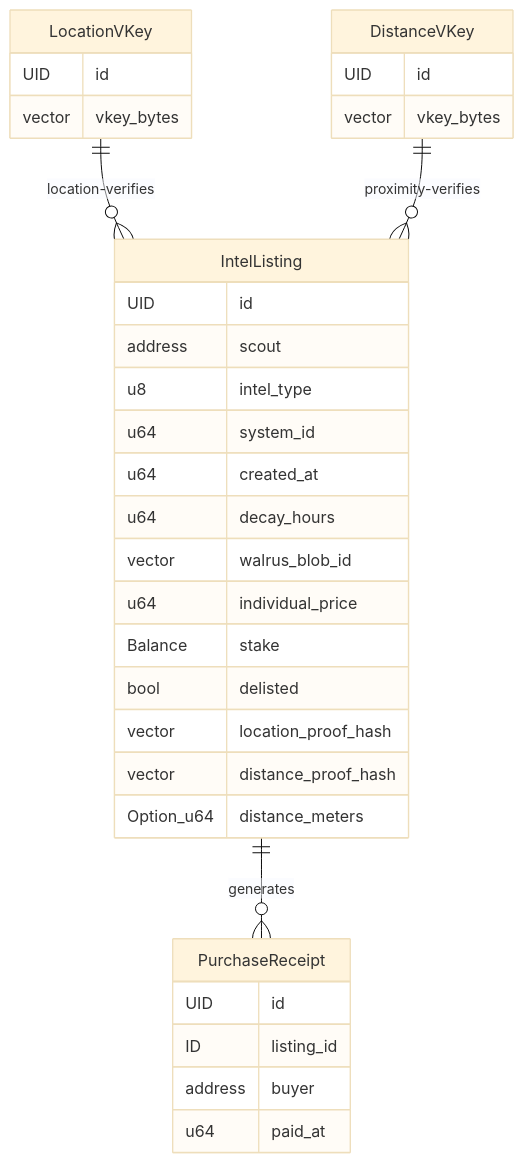
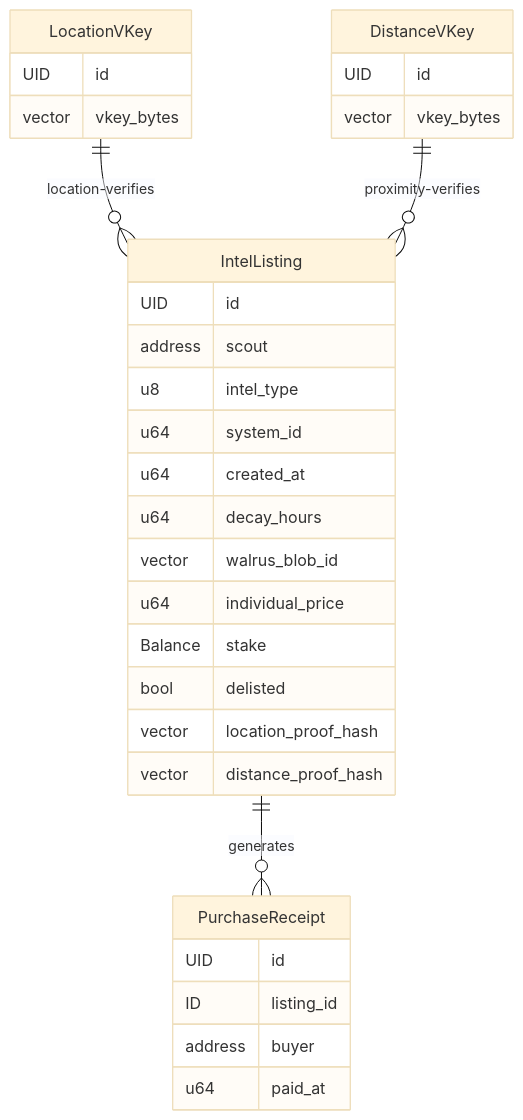
Before and after one commit to bozbuilds/The_RiftBroker: the diagram in docs/ARCHITECTURE.md, drawn with Mermaid (base theme). The commit also changed other lines of this file and 5 other files, not shown here.

First line of the commit message:
fix: code review — missing tests, diagram accuracy, precision & safety

````diff
--- a/docs/ARCHITECTURE.md
+++ b/docs/ARCHITECTURE.md
@@ -154,39 +154,38 @@
 ```mermaid
 erDiagram
     LocationVKey {
         UID id
         vector vkey_bytes
     }
 
     DistanceVKey {
         UID id
         vector vkey_bytes
     }
 
     IntelListing {
         UID id
         address scout
         u8 intel_type
         u64 system_id
         u64 created_at
         u64 decay_hours
         vector walrus_blob_id
         u64 individual_price
         Balance stake
         bool delisted
         vector location_proof_hash
         vector distance_proof_hash
-        Option_u64 distance_meters
     }
 
     PurchaseReceipt {
         UID id
         ID listing_id
         address buyer
         u64 paid_at
     }
 
     LocationVKey ||--o{ IntelListing : "location-verifies"
     DistanceVKey ||--o{ IntelListing : "proximity-verifies"
     IntelListing ||--o{ PurchaseReceipt : "generates"
 ```
````
